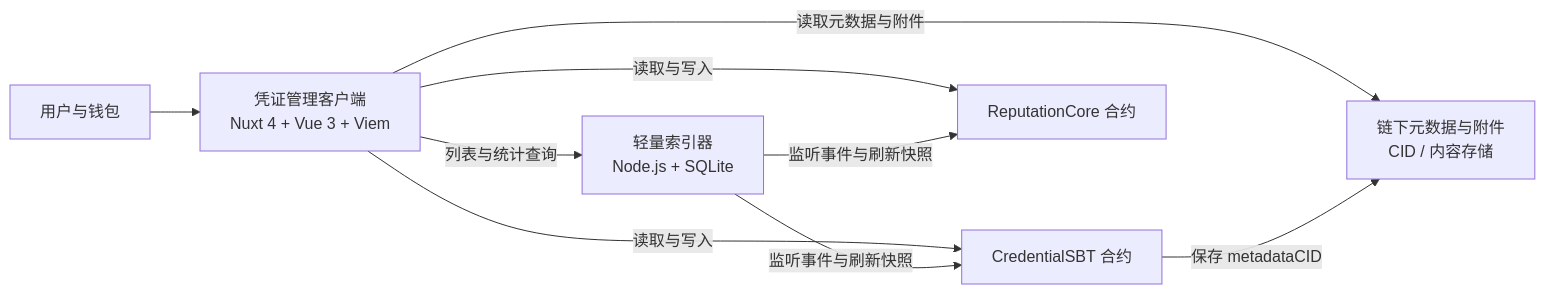
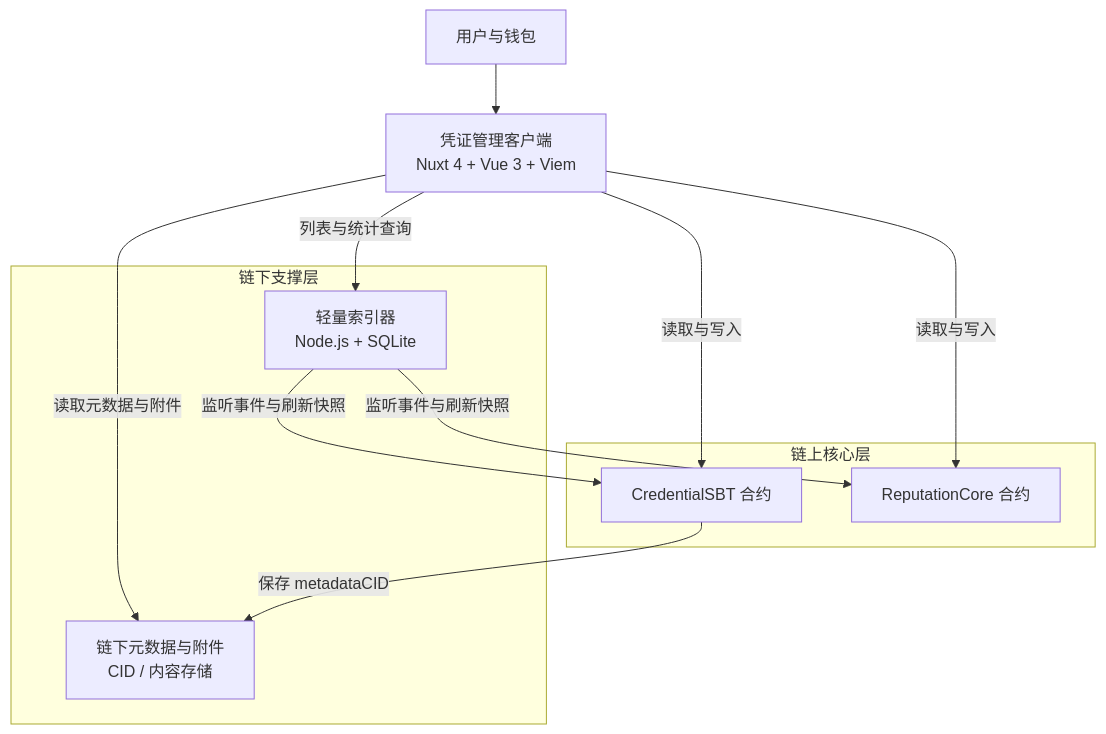
Before and after one commit to Aurorabili/credchain: the diagram in docs/contents.md, drawn with Mermaid. The commit also changed other lines of this file and 4 other files, not shown here.

Commit message:
docs: 更新正文内容并添加图例生成

````diff
--- a/docs/contents.md
+++ b/docs/contents.md
@@ -53,18 +95,24 @@
 ```mermaid
-flowchart LR
+flowchart TB
     U["用户与钱包"]
     W["凭证管理客户端\nNuxt 4 + Vue 3 + Viem"]
-    I["轻量索引器\nNode.js + SQLite"]
-    C1["CredentialSBT 合约"]
-    C2["ReputationCore 合约"]
-    M["链下元数据与附件\nCID / 内容存储"]
+
+    subgraph O["链上核心层"]
+        C1["CredentialSBT 合约"]
+        C2["ReputationCore 合约"]
+    end
+
+    subgraph S["链下支撑层"]
+        I["轻量索引器\nNode.js + SQLite"]
+        M["链下元数据与附件\nCID / 内容存储"]
+    end
 
     U --> W
     W -->|读取与写入| C1
     W -->|读取与写入| C2
     W -->|列表与统计查询| I
     W -->|读取元数据与附件| M
     I -->|监听事件与刷新快照| C1
     I -->|监听事件与刷新快照| C2
     C1 -->|保存 metadataCID| M
 ```
````
